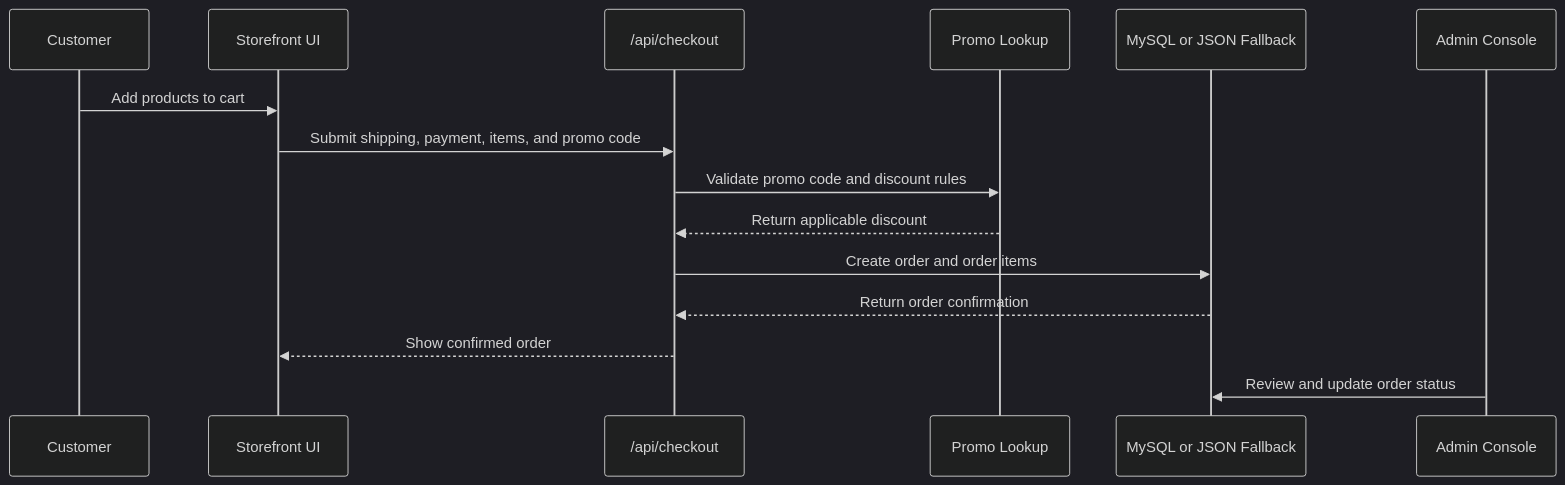
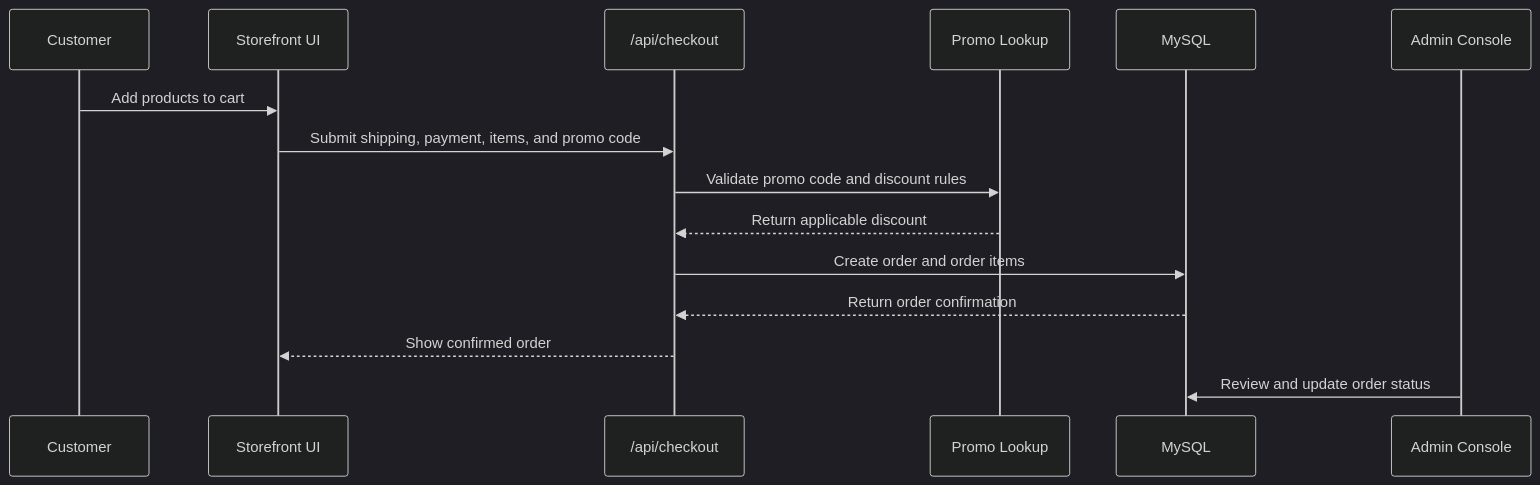
One commit to Darkguyaiman/APEX-E-Commerce changed the second of 2 diagrams in README.md. Above: the diagram before and after it, drawn with Mermaid (dark theme). The commit also changed other lines of this file and 5 other files, not shown here.

````diff
--- a/README.md
+++ b/README.md
@@ -59,18 +56,18 @@
 ```mermaid
 sequenceDiagram
     participant Customer
     participant Storefront as Storefront UI
     participant Checkout as /api/checkout
     participant Promo as Promo Lookup
-    participant Database as MySQL or JSON Fallback
+    participant Database as MySQL
     participant Admin as Admin Console
 
     Customer->>Storefront: Add products to cart
     Storefront->>Checkout: Submit shipping, payment, items, and promo code
     Checkout->>Promo: Validate promo code and discount rules
     Promo-->>Checkout: Return applicable discount
     Checkout->>Database: Create order and order items
     Database-->>Checkout: Return order confirmation
     Checkout-->>Storefront: Show confirmed order
     Admin->>Database: Review and update order status
 ```
````
